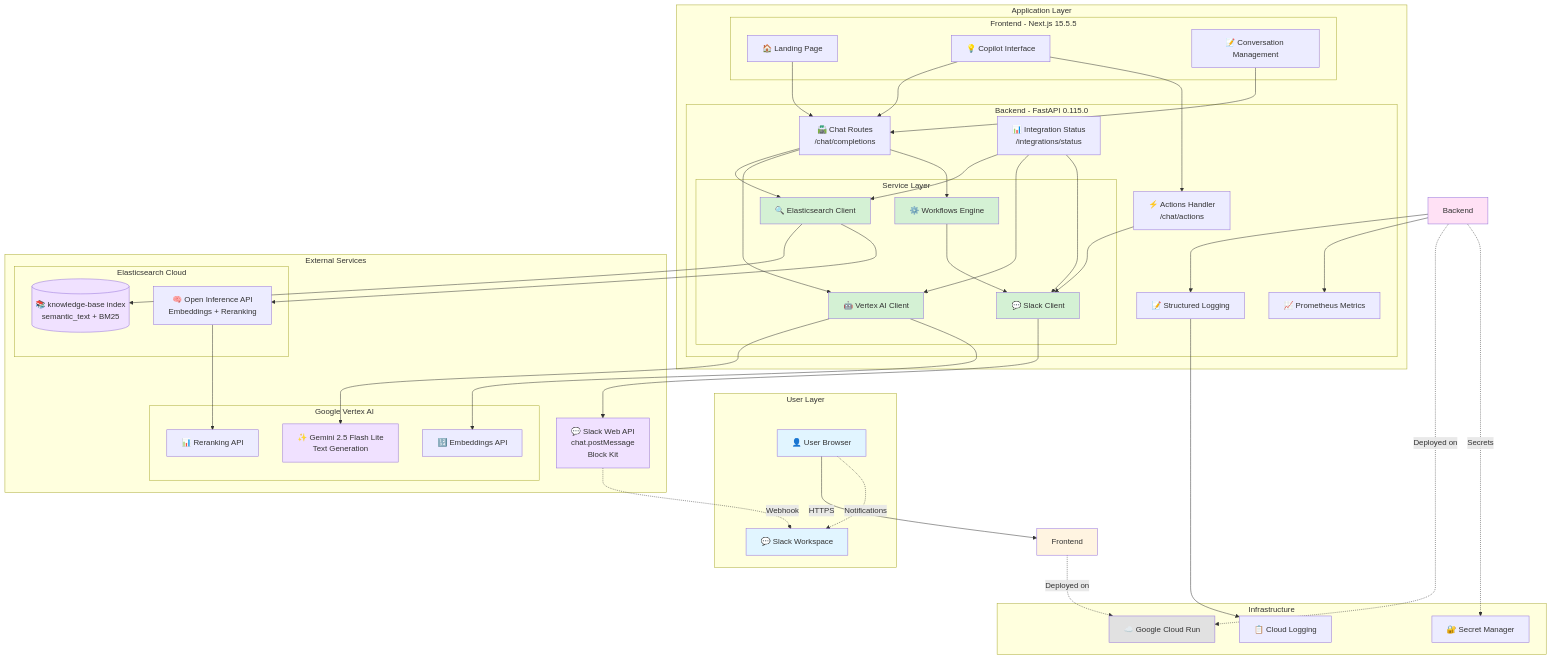
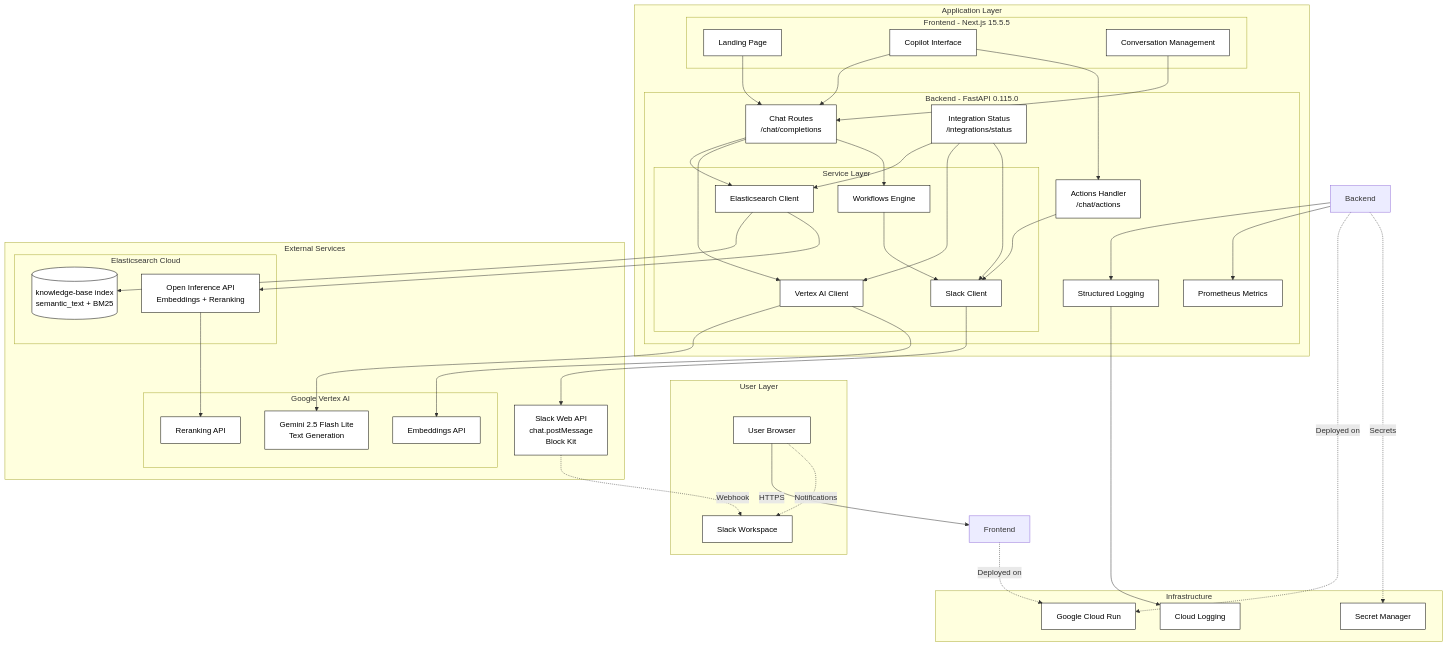
The first of 3 diagrams in ARCHITECTURE.md (N-45div/EverydayElastic), drawn with Mermaid before and after one commit. The commit also changed 1 other file, not shown here.

Commit message:
feat: readme and architecture fix

````diff
--- a/ARCHITECTURE.md
+++ b/ARCHITECTURE.md
@@ -5,53 +5,53 @@
 ```mermaid
 graph TB
     subgraph "User Layer"
-        User[👤 User Browser]
-        Slack[💬 Slack Workspace]
+        User[User Browser]
+        Slack[Slack Workspace]
     end
 
     subgraph "Application Layer"
         subgraph "Frontend - Next.js 15.5.5"
-            Landing[🏠 Landing Page]
-            Copilot[💡 Copilot Interface]
-            ConvMgmt[📝 Conversation Management]
+            Landing[Landing Page]
+            Copilot[Copilot Interface]
+            ConvMgmt[Conversation Management]
         end
 
         subgraph "Backend - FastAPI 0.115.0"
-            Routes[🛣️ Chat Routes<br/>/chat/completions]
-            Actions[⚡ Actions Handler<br/>/chat/actions]
-            Status[📊 Integration Status<br/>/integrations/status]
+            Routes[Chat Routes<br/>/chat/completions]
+            Actions[Actions Handler<br/>/chat/actions]
+            Status[Integration Status<br/>/integrations/status]
             
             subgraph "Service Layer"
-                ElasticClient[🔍 Elasticsearch Client]
-                VertexClient[🤖 Vertex AI Client]
-                SlackClient[💬 Slack Client]
-                Workflows[⚙️ Workflows Engine]
+                ElasticClient[Elasticsearch Client]
+                VertexClient[Vertex AI Client]
+                SlackClient[Slack Client]
+                Workflows[Workflows Engine]
             end
             
-            Logging[📝 Structured Logging]
-            Metrics[📈 Prometheus Metrics]
+            Logging[Structured Logging]
+            Metrics[Prometheus Metrics]
         end
     end
 
     subgraph "External Services"
         subgraph "Elasticsearch Cloud"
-            ESIndex[(📚 knowledge-base index<br/>semantic_text + BM25)]
-            ESInference[🧠 Open Inference API<br/>Embeddings + Reranking]
+            ESIndex[(knowledge-base index<br/>semantic_text + BM25)]
+            ESInference[Open Inference API<br/>Embeddings + Reranking]
         end
 
         subgraph "Google Vertex AI"
-            Gemini[✨ Gemini 2.5 Flash Lite<br/>Text Generation]
-            Embeddings[🔢 Embeddings API]
-            Reranking[📊 Reranking API]
+            Gemini[Gemini 2.5 Flash Lite<br/>Text Generation]
+            Embeddings[Embeddings API]
+            Reranking[Reranking API]
         end
 
-        SlackAPI[💬 Slack Web API<br/>chat.postMessage<br/>Block Kit]
+        SlackAPI[Slack Web API<br/>chat.postMessage<br/>Block Kit]
     end
 
     subgraph "Infrastructure"
-        CloudRun[☁️ Google Cloud Run]
-        SecretMgr[🔐 Secret Manager]
-        CloudLog[📋 Cloud Logging]
+        CloudRun[Google Cloud Run]
+        SecretMgr[Secret Manager]
+        CloudLog[Cloud Logging]
     end
 
     %% User interactions
@@ -93,16 +93,28 @@
     Backend -.->|Deployed on| CloudRun
     Backend -.->|Secrets| SecretMgr
 
-    style User fill:#e1f5ff
-    style Slack fill:#e1f5ff
-    style Frontend fill:#fff4e1
-    style Backend fill:#ffe1f5
-    style ElasticClient fill:#d4f1d4
-    style VertexClient fill:#d4f1d4
-    style SlackClient fill:#d4f1d4
-    style Workflows fill:#d4f1d4
-    style ESIndex fill:#f0e1ff
-    style Gemini fill:#f0e1ff
-    style SlackAPI fill:#f0e1ff
-    style CloudRun fill:#e1e1e1
+    %% Black & White styling
+    style User fill:#ffffff,stroke:#000,color:#000
+    style Slack fill:#ffffff,stroke:#000,color:#000
+    style Landing fill:#ffffff,stroke:#000,color:#000
+    style Copilot fill:#ffffff,stroke:#000,color:#000
+    style ConvMgmt fill:#ffffff,stroke:#000,color:#000
+    style Routes fill:#ffffff,stroke:#000,color:#000
+    style Actions fill:#ffffff,stroke:#000,color:#000
+    style Status fill:#ffffff,stroke:#000,color:#000
+    style ElasticClient fill:#ffffff,stroke:#000,color:#000
+    style VertexClient fill:#ffffff,stroke:#000,color:#000
+    style SlackClient fill:#ffffff,stroke:#000,color:#000
+    style Workflows fill:#ffffff,stroke:#000,color:#000
+    style Logging fill:#ffffff,stroke:#000,color:#000
+    style Metrics fill:#ffffff,stroke:#000,color:#000
+    style ESIndex fill:#ffffff,stroke:#000,color:#000
+    style ESInference fill:#ffffff,stroke:#000,color:#000
+    style Gemini fill:#ffffff,stroke:#000,color:#000
+    style Embeddings fill:#ffffff,stroke:#000,color:#000
+    style Reranking fill:#ffffff,stroke:#000,color:#000
+    style SlackAPI fill:#ffffff,stroke:#000,color:#000
+    style CloudRun fill:#ffffff,stroke:#000,color:#000
+    style SecretMgr fill:#ffffff,stroke:#000,color:#000
+    style CloudLog fill:#ffffff,stroke:#000,color:#000
 ```
````
